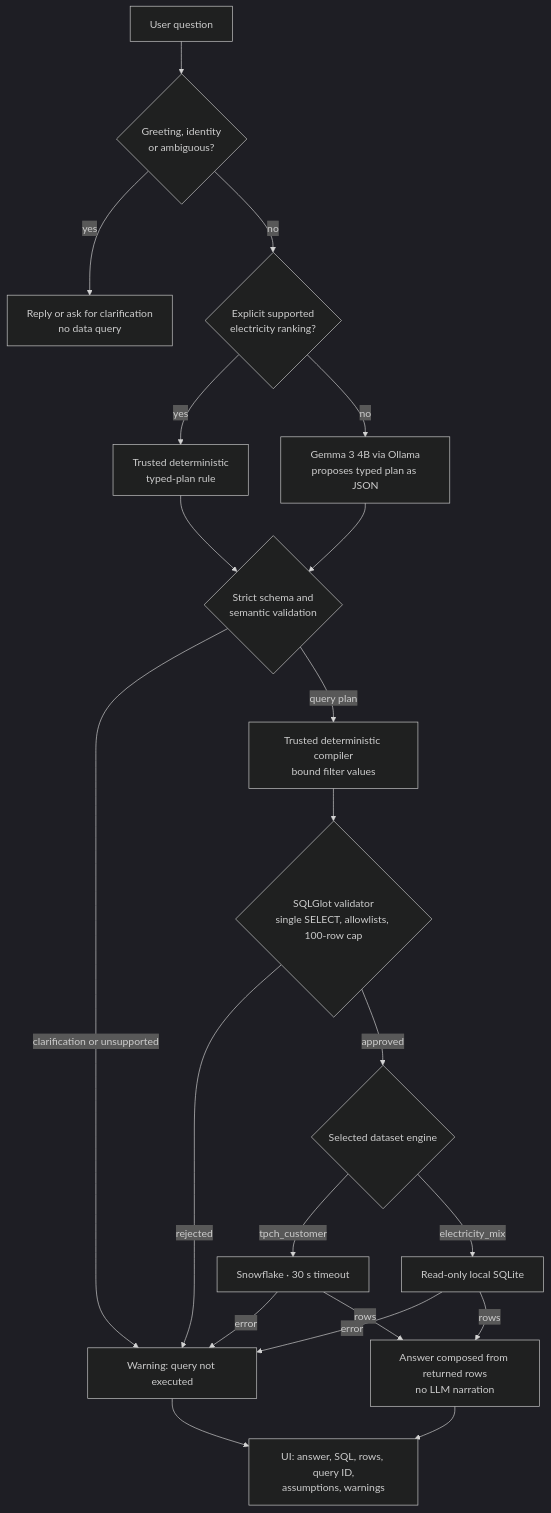
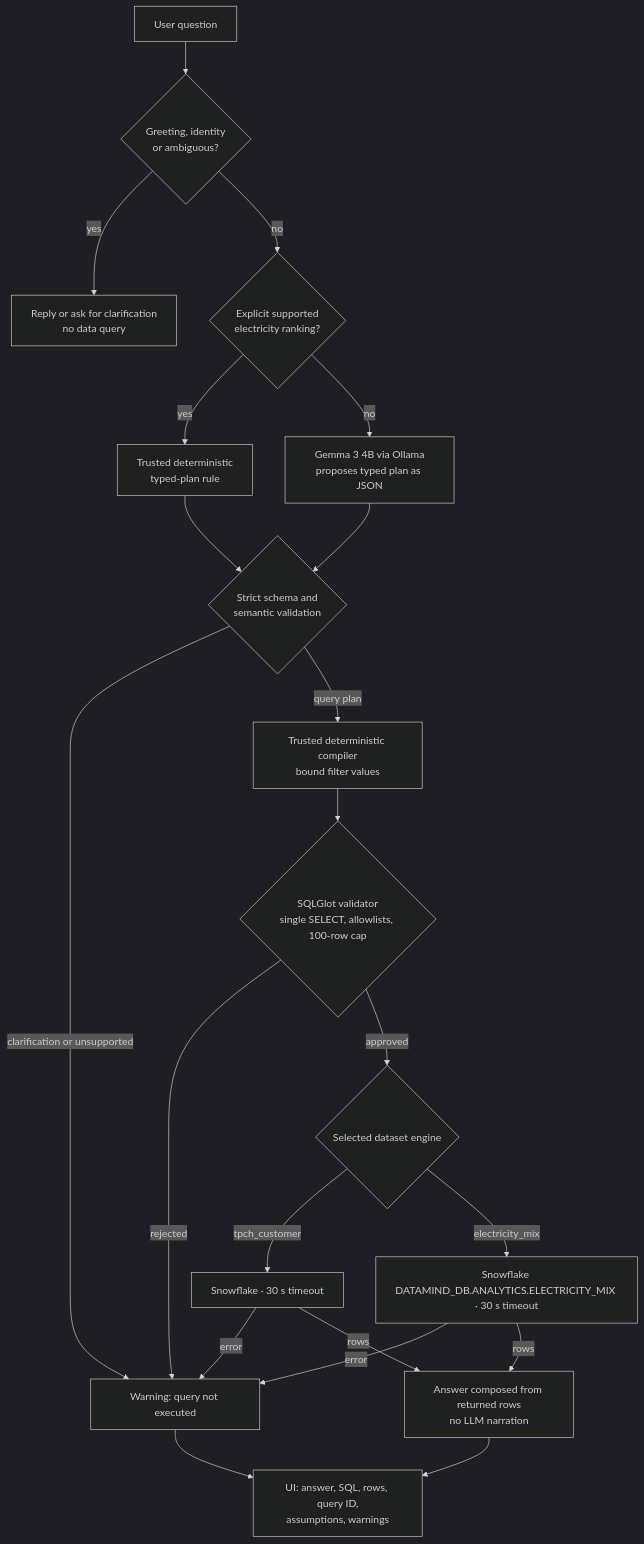
The diagram in README.md (DarkVeteran28/datamind-team-leviathan), drawn with Mermaid (dark theme) before and after one commit. The commit also changed other lines of this file and 25 other files, not shown here.

````diff
--- a/README.md
+++ b/README.md
@@ -136,23 +202,23 @@
 ```mermaid
 flowchart TD
     Q[User question] --> P{Greeting, identity<br/>or ambiguous?}
     P -->|yes| R[Reply or ask for clarification<br/>no data query]
     P -->|no| D{Explicit supported<br/>electricity ranking?}
     D -->|yes| DP[Trusted deterministic<br/>typed-plan rule]
     D -->|no| L[Gemma 3 4B via Ollama<br/>proposes typed plan as JSON]
     DP --> T
     L --> T{Strict schema and<br/>semantic validation}
     T -->|clarification or unsupported| W[Respond without SQL or execution]
     T -->|query plan| C[Trusted deterministic compiler<br/>bound filter values]
     C --> V{SQLGlot validator<br/>single SELECT, allowlists, 100-row cap}
     V -->|rejected| W[Warning: query not executed]
     V -->|approved| S{Selected dataset engine}
     S -->|tpch_customer| SF[Snowflake · 30 s timeout]
-    S -->|electricity_mix| SQ[Read-only local SQLite]
+    S -->|electricity_mix| ESF[Snowflake DATAMIND_DB.ANALYTICS.ELECTRICITY_MIX · 30 s timeout]
     SF -->|error| W
-    SQ -->|error| W
+    ESF -->|error| W
     SF -->|rows| A[Answer composed from returned rows<br/>no LLM narration]
-    SQ -->|rows| A
+    ESF -->|rows| A
     A --> U[UI: answer, SQL, rows, query ID,<br/>assumptions, warnings]
     W --> U
 ```
````
